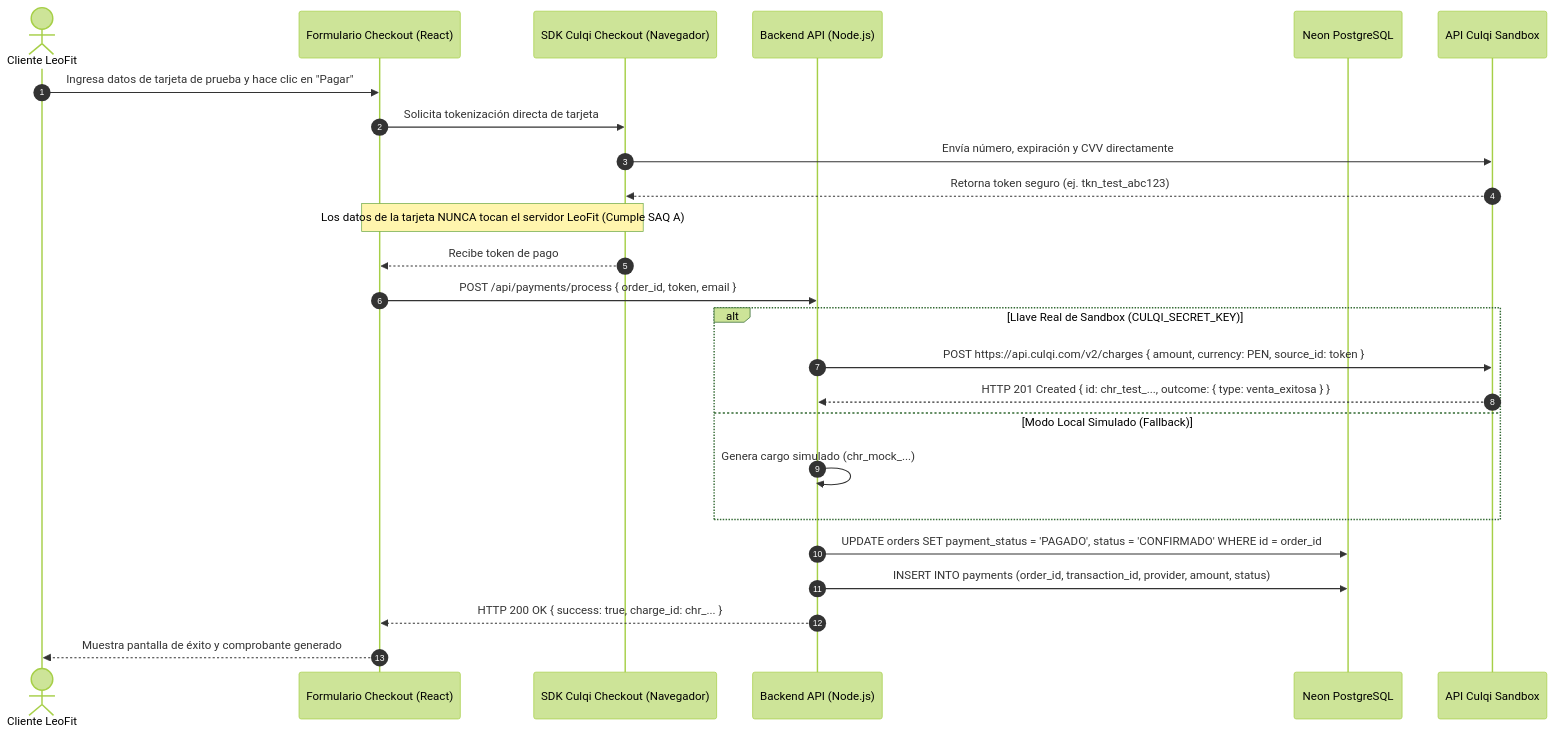
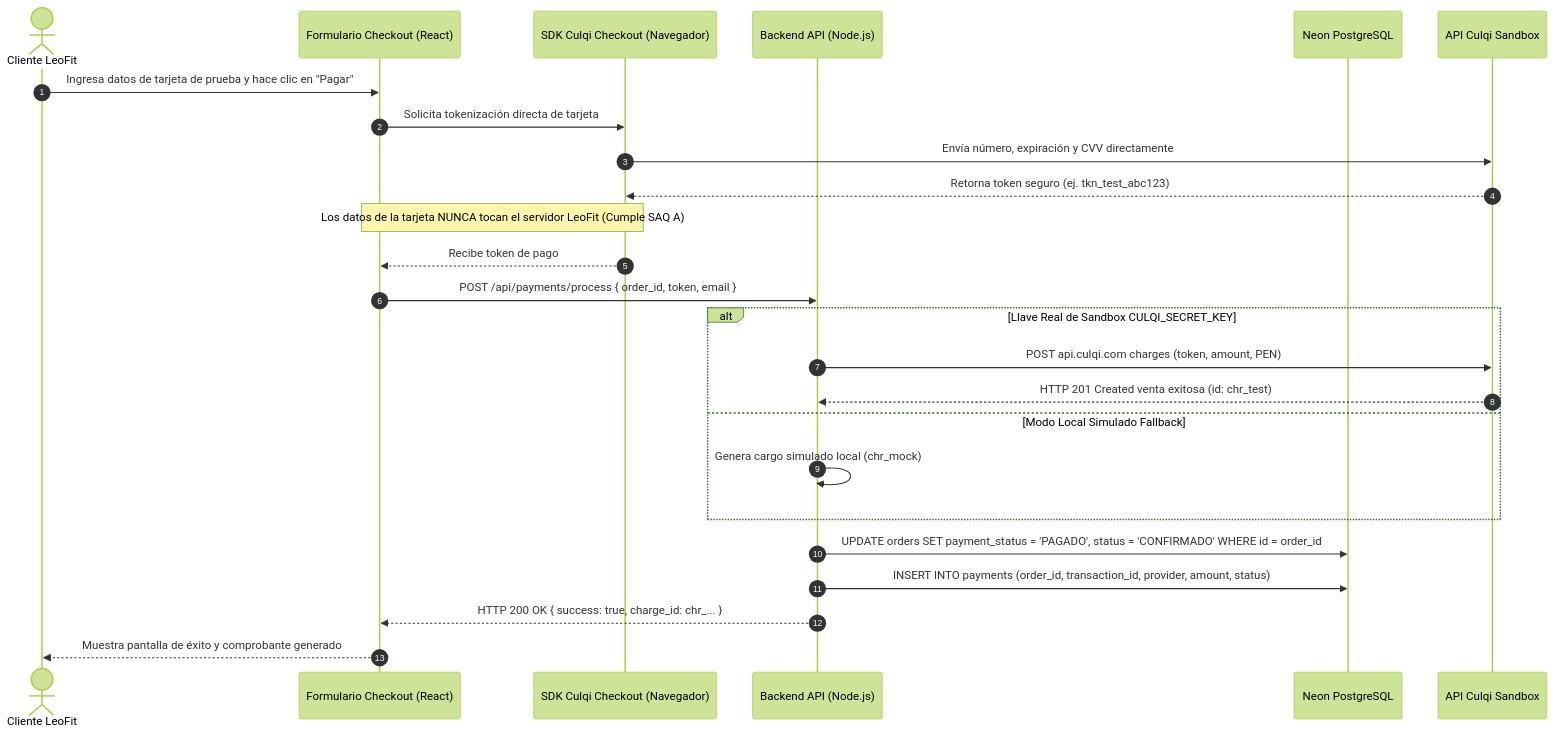
The first of 2 diagrams in docs/05_ANEXOS_TECNICOS_PROYECTO_FINAL/04_INTEGRACION_PAGOS_SANDBOX_VS_PRODUCCION.md (Leofit-Solutions-Grupo01/leofit-pedidos-sistema), drawn with Mermaid (forest theme) before and after one commit. The commit also changed 4 other files, not shown here.

Commit message:
fix(docs): corrige sintaxis y parseo de diagramas mermaid en anexos tecnicos

````diff
--- a/docs/05_ANEXOS_TECNICOS_PROYECTO_FINAL/04_INTEGRACION_PAGOS_SANDBOX_VS_PRODUCCION.md
+++ b/docs/05_ANEXOS_TECNICOS_PROYECTO_FINAL/04_INTEGRACION_PAGOS_SANDBOX_VS_PRODUCCION.md
@@ -43,31 +43,31 @@
 ```mermaid
 sequenceDiagram
     autonumber
     actor Cliente as Cliente LeoFit
     participant Checkout as Formulario Checkout (React)
     participant CulqiJS as SDK Culqi Checkout (Navegador)
     participant Backend as Backend API (Node.js)
     participant BD as Neon PostgreSQL
     participant CulqiAPI as API Culqi Sandbox
 
     Cliente->>Checkout: Ingresa datos de tarjeta de prueba y hace clic en "Pagar"
     Checkout->>CulqiJS: Solicita tokenización directa de tarjeta
     CulqiJS->>CulqiAPI: Envía número, expiración y CVV directamente
     CulqiAPI-->>CulqiJS: Retorna token seguro (ej. tkn_test_abc123)
     note over Checkout, CulqiJS: Los datos de la tarjeta NUNCA tocan el servidor LeoFit (Cumple SAQ A)
 
     CulqiJS-->>Checkout: Recibe token de pago
     Checkout->>Backend: POST /api/payments/process { order_id, token, email }
     
-    alt Llave Real de Sandbox (CULQI_SECRET_KEY)
-        Backend->>CulqiAPI: POST https://api.culqi.com/v2/charges { amount, currency: PEN, source_id: token }
-        CulqiAPI-->>Backend: HTTP 201 Created { id: chr_test_..., outcome: { type: venta_exitosa } }
-    else Modo Local Simulado (Fallback)
-        Backend->>Backend: Genera cargo simulado (chr_mock_...)
+    alt Llave Real de Sandbox CULQI_SECRET_KEY
+        Backend->>CulqiAPI: POST api.culqi.com charges (token, amount, PEN)
+        CulqiAPI-->>Backend: HTTP 201 Created venta exitosa (id: chr_test)
+    else Modo Local Simulado Fallback
+        Backend->>Backend: Genera cargo simulado local (chr_mock)
     end
 
     Backend->>BD: UPDATE orders SET payment_status = 'PAGADO', status = 'CONFIRMADO' WHERE id = order_id
     Backend->>BD: INSERT INTO payments (order_id, transaction_id, provider, amount, status)
     Backend-->>Checkout: HTTP 200 OK { success: true, charge_id: chr_... }
     Checkout-->>Cliente: Muestra pantalla de éxito y comprobante generado
 ```
````
